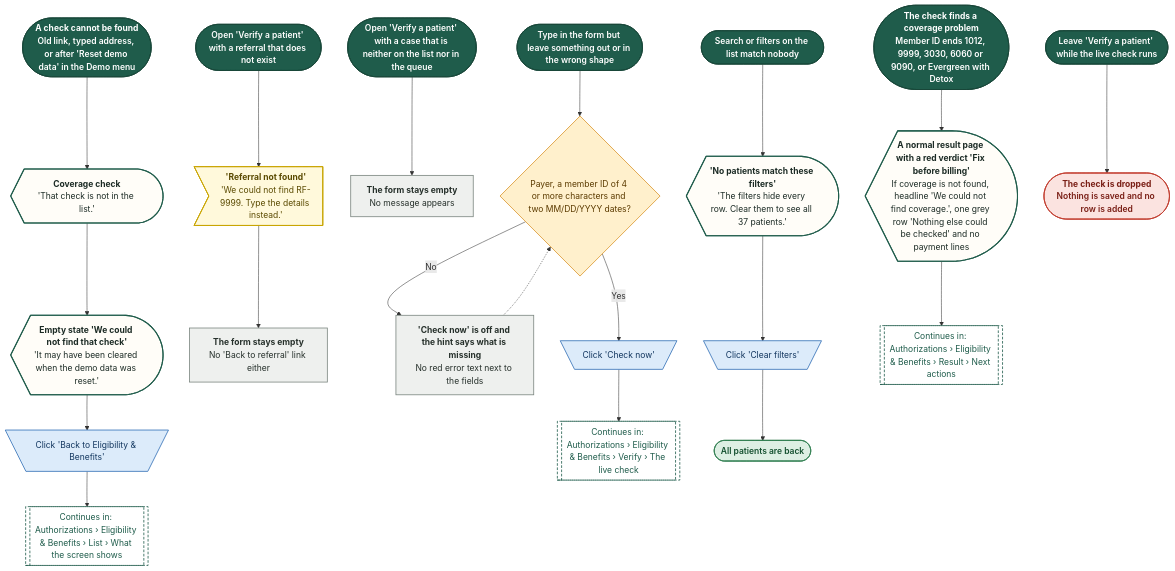
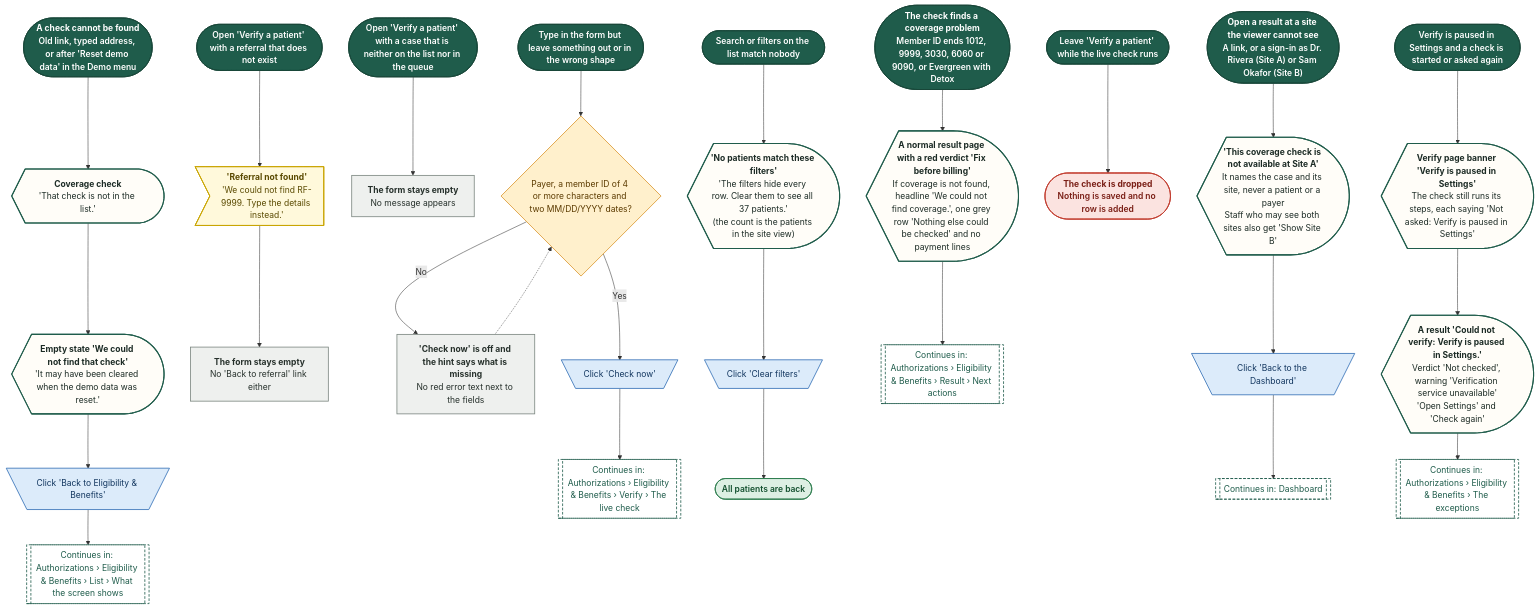
The diagram in demos/prior-auth-demo/workflows/out/mmd/05-eligibility/51-errors-empty-states.mmd (Shrav143/psyfloapp), drawn with Mermaid before and after one commit. The commit also changed 251 other files, not shown here.

First line of the commit message:
docs: rebuild the workflow diagrams (291) for round 4

```diff
--- a/demos/prior-auth-demo/workflows/out/mmd/05-eligibility/51-errors-empty-states.mmd
+++ b/demos/prior-auth-demo/workflows/out/mmd/05-eligibility/51-errors-empty-states.mmd
@@ -1,61 +1,72 @@
 %%{init: {"theme":"base","themeVariables":{"fontFamily":"'DM Sans', 'Segoe UI', system-ui, sans-serif","fontSize":"15px","lineColor":"#5B6B63","primaryTextColor":"#1C2B25","clusterBkg":"#FBF8F3","clusterBorder":"#D9CDBB","edgeLabelBackground":"#FFFFFF"},"flowchart":{"curve":"basis","nodeSpacing":36,"rankSpacing":48,"padding":12,"htmlLabels":true,"useMaxWidth":false,"wrappingWidth":230}} }%%
 flowchart TD
   classDef k_start fill:#1F5C4B,stroke:#174638,color:#FFFFFF,stroke-width:1.5px,font-weight:600
   classDef k_end fill:#DDEFE3,stroke:#2E7D4F,color:#14502F,stroke-width:1.5px,font-weight:600
   classDef k_endx fill:#FBE3E0,stroke:#C0392B,color:#7A1F16,stroke-width:1.5px,font-weight:600
   classDef k_screen fill:#FFFDF8,stroke:#1F5C4B,color:#1C2B25,stroke-width:2px
   classDef k_overlay fill:#F1F7F3,stroke:#1F5C4B,color:#1C2B25,stroke-width:2px,stroke-dasharray:5 3
   classDef k_click fill:#DCEBFA,stroke:#2F6DB5,color:#12365F,stroke-width:1.5px
   classDef k_input fill:#E4E7FF,stroke:#4C5FD5,color:#1D2670,stroke-width:1.5px
   classDef k_process fill:#EEF0EE,stroke:#7A857F,color:#26302B,stroke-width:1.5px
   classDef k_agent fill:#EEE5FA,stroke:#7A4FC2,color:#341A63,stroke-width:1.5px
   classDef k_decision fill:#FFF0CC,stroke:#D9962B,color:#5C3B00,stroke-width:1.5px
   classDef k_store fill:#D5F0EA,stroke:#1C8E7B,color:#0B4A3F,stroke-width:1.5px
   classDef k_doc fill:#F6E9DC,stroke:#B07A4C,color:#4A2E14,stroke-width:1.5px
   classDef k_ext fill:#FFE6D2,stroke:#E07B39,color:#6B2F06,stroke-width:1.5px
   classDef k_wait fill:#E4E8EE,stroke:#6B7C93,color:#26303D,stroke-width:1.5px
   classDef k_toast fill:#FFF9DB,stroke:#C9A400,color:#5A4A00,stroke-width:1.5px
   classDef k_goto fill:#FFFFFF,stroke:#1F5C4B,color:#1F5C4B,stroke-width:1.5px,stroke-dasharray:5 3
   s1@{ shape: stadium, label: "<b>A check cannot be found</b><br/>Old link, typed address, or after 'Reset demo data' in the Demo menu" }
   e1@{ shape: curv-trap, label: "<b>Coverage check</b><br/>'That check is not in the list.'" }
   e2@{ shape: curv-trap, label: "<b>Empty state 'We could not find that check'</b><br/>'It may have been cleared when the demo data was reset.'" }
   c1@{ shape: trap-t, label: "Click 'Back to Eligibility & Benefits'" }
   g1@{ shape: subproc, label: "Continues in: Authorizations › Eligibility & Benefits › List › What the screen shows" }
   s2@{ shape: stadium, label: "Open 'Verify a patient' with a referral that does not exist" }
   t1@{ shape: odd, label: "<b>'Referral not found'</b><br/>'We could not find RF-9999. Type the details instead.'" }
   p1@{ shape: rect, label: "<b>The form stays empty</b><br/>No 'Back to referral' link either" }
   s3@{ shape: stadium, label: "Open 'Verify a patient' with a case that is neither on the list nor in the queue" }
   p2@{ shape: rect, label: "<b>The form stays empty</b><br/>No message appears" }
   s4@{ shape: stadium, label: "Type in the form but leave something out or in the wrong shape" }
   q1@{ shape: diam, label: "Payer, a member ID of 4 or more characters and two MM/DD/YYYY dates?" }
   p3@{ shape: rect, label: "<b>'Check now' is off and the hint says what is missing</b><br/>No red error text next to the fields" }
   c2@{ shape: trap-t, label: "Click 'Check now'" }
   g2@{ shape: subproc, label: "Continues in: Authorizations › Eligibility & Benefits › Verify › The live check" }
   s5@{ shape: stadium, label: "Search or filters on the list match nobody" }
-  e3@{ shape: curv-trap, label: "<b>'No patients match these filters'</b><br/>'The filters hide every row. Clear them to see all 37 patients.'" }
+  e3@{ shape: curv-trap, label: "<b>'No patients match these filters'</b><br/>'The filters hide every row. Clear them to see all 37 patients.'<br/>(the count is the patients in the site view)" }
   c3@{ shape: trap-t, label: "Click 'Clear filters'" }
   e4@{ shape: stadium, label: "All patients are back" }
   s6@{ shape: stadium, label: "<b>The check finds a coverage problem</b><br/>Member ID ends 1012, 9999, 3030, 6060 or 9090, or Evergreen with Detox" }
   e5@{ shape: curv-trap, label: "<b>A normal result page with a red verdict 'Fix before billing'</b><br/>If coverage is not found, headline 'We could not find coverage.', one grey row 'Nothing else could be checked' and no payment lines" }
   g3@{ shape: subproc, label: "Continues in: Authorizations › Eligibility & Benefits › Result › Next actions" }
+  g5@{ shape: subproc, label: "Continues in: Dashboard" }
   s7@{ shape: stadium, label: "Leave 'Verify a patient' while the live check runs" }
   e6@{ shape: stadium, label: "<b>The check is dropped</b><br/>Nothing is saved and no row is added" }
+  s8@{ shape: stadium, label: "<b>Open a result at a site the viewer cannot see</b><br/>A link, or a sign-in as Dr. Rivera (Site A) or Sam Okafor (Site B)" }
+  e7@{ shape: curv-trap, label: "<b>'This coverage check is not available at Site A'</b><br/>It names the case and its site, never a patient or a payer<br/>Staff who may see both sites also get 'Show Site B'" }
+  c4@{ shape: trap-t, label: "Click 'Back to the Dashboard'" }
+  s9@{ shape: stadium, label: "Verify is paused in Settings and a check is started or asked again" }
+  e8@{ shape: curv-trap, label: "<b>Verify page banner 'Verify is paused in Settings'</b><br/>The check still runs its steps, each saying 'Not asked: Verify is paused in Settings'" }
+  e9@{ shape: curv-trap, label: "<b>A result 'Could not verify: Verify is paused in Settings.'</b><br/>Verdict 'Not checked', warning 'Verification service unavailable'<br/>'Open Settings' and 'Check again'" }
+  g4@{ shape: subproc, label: "Continues in: Authorizations › Eligibility & Benefits › The exceptions" }
   s1 --> e1 --> e2 --> c1 --> g1
   s2 --> t1 --> p1
   s3 --> p2
   s4 --> q1
   q1 -->|"No"| p3
   q1 -->|"Yes"| c2 --> g2
   p3 -.-> q1
   s5 --> e3 --> c3 --> e4
   s6 --> e5 --> g3
   s7 --> e6
-  class s1,s2,s3,s4,s5,s6,s7 k_start
-  class e1,e2,e3,e5 k_screen
-  class c1,c2,c3 k_click
-  class g1,g2,g3 k_goto
+  s8 --> e7 --> c4
+  c4 --> g5
+  s9 --> e8 --> e9 --> g4
+  class s1,s2,s3,s4,s5,s6,s7,s8,s9 k_start
+  class e1,e2,e3,e5,e7,e8,e9 k_screen
+  class c1,c2,c3,c4 k_click
+  class g1,g2,g3,g5,g4 k_goto
   class t1 k_toast
   class p1,p2,p3 k_process
   class q1 k_decision
   class e4 k_end
   class e6 k_endx
```
